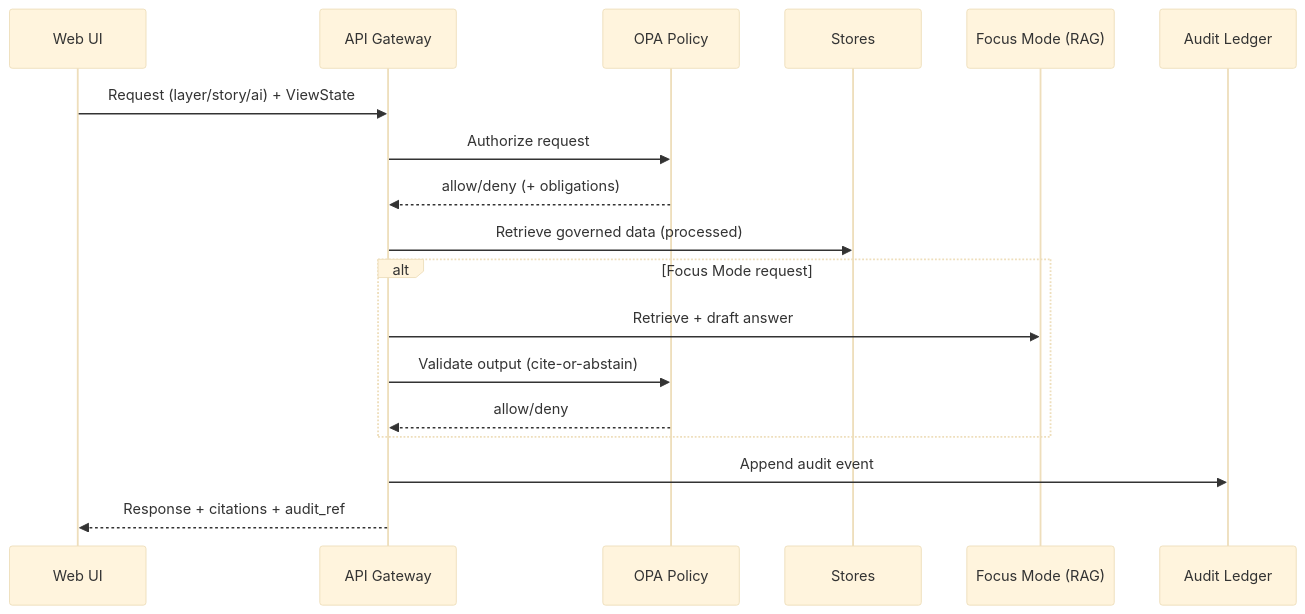
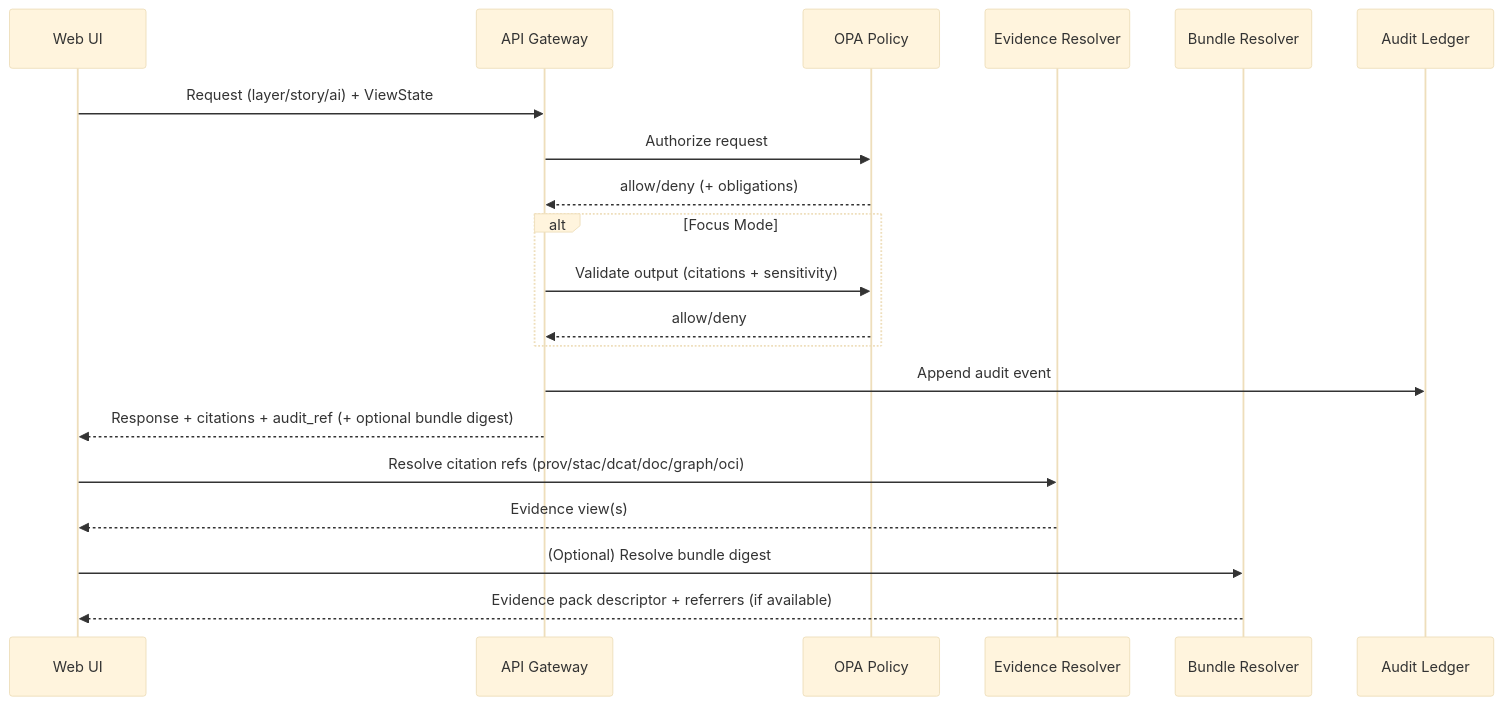
Before and after one commit to bartytime4life/Kansas-Frontier-Matrix: the second of 2 diagrams in web/README.md, drawn with Mermaid (base theme). The commit also changed other lines of this file, not shown here.

````diff
--- a/web/README.md
+++ b/web/README.md
@@ -110,21 +136,23 @@
 ```mermaid
 sequenceDiagram
   participant UI as Web UI
   participant API as API Gateway
   participant OPA as OPA Policy
-  participant DB as Stores
-  participant FM as Focus Mode (RAG)
+  participant EV as Evidence Resolver
+  participant B as Bundle Resolver
   participant AUD as Audit Ledger
 
   UI->>API: Request (layer/story/ai) + ViewState
   API->>OPA: Authorize request
   OPA-->>API: allow/deny (+ obligations)
-  API->>DB: Retrieve governed data (processed)
-  alt Focus Mode request
-    API->>FM: Retrieve + draft answer
-    API->>OPA: Validate output (cite-or-abstain)
+  alt Focus Mode
+    API->>OPA: Validate output (citations + sensitivity)
     OPA-->>API: allow/deny
   end
   API->>AUD: Append audit event
-  API-->>UI: Response + citations + audit_ref
+  API-->>UI: Response + citations + audit_ref (+ optional bundle digest)
+  UI->>EV: Resolve citation refs (prov/stac/dcat/doc/graph/oci)
+  EV-->>UI: Evidence view(s)
+  UI->>B: (Optional) Resolve bundle digest
+  B-->>UI: Evidence pack descriptor + referrers (if available)
 ```
````
